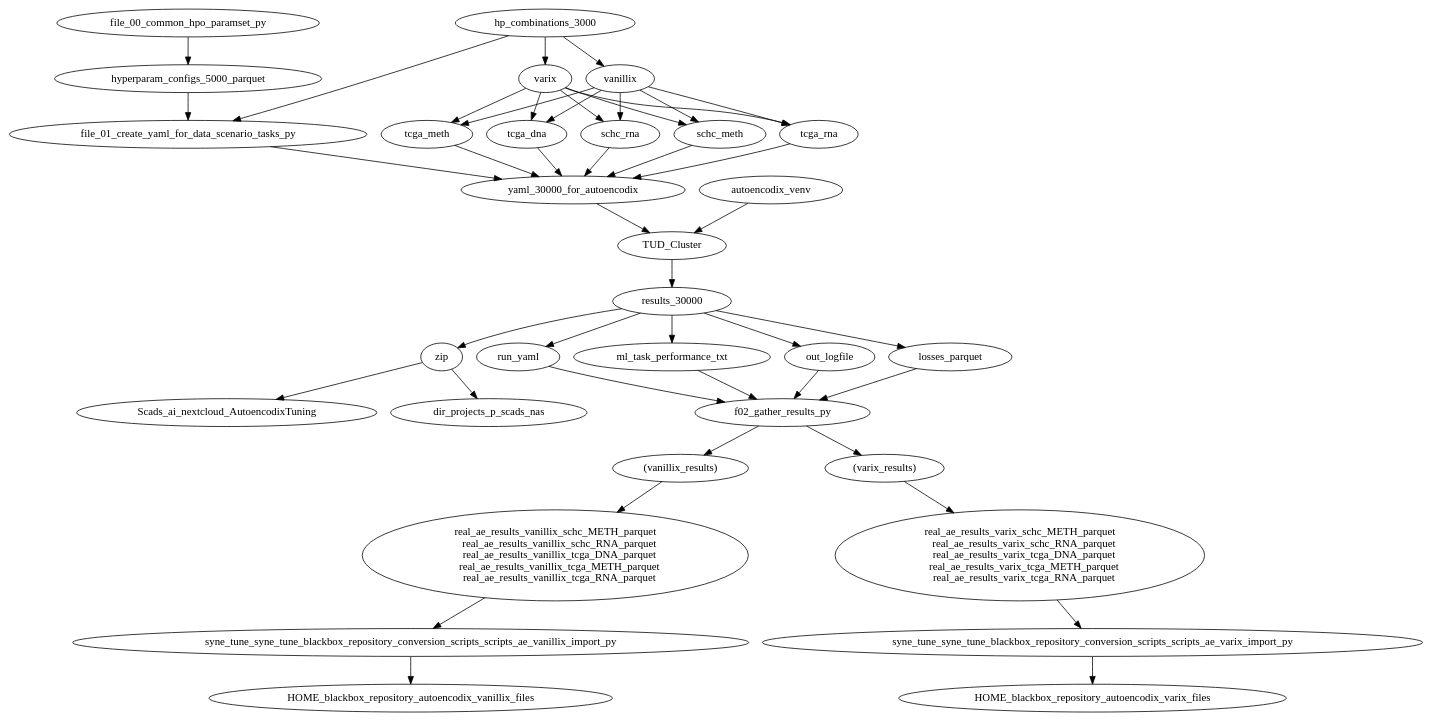
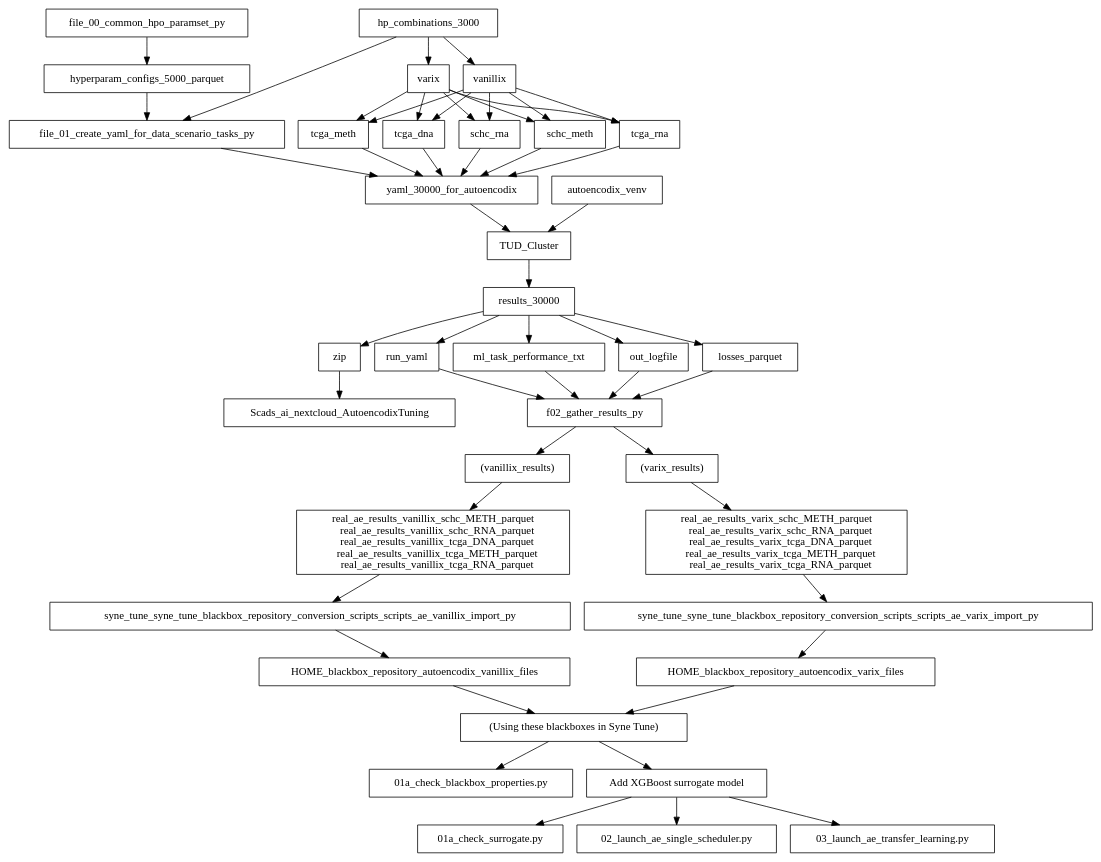
One commit to ralf-koenig/ae-st-hpo changed the diagram in doc/dataflow_files_and_results.dot. Above: the diagram before and after it, drawn with Graphviz. The commit also changed 1 other file, not shown here.

Commit message:
Updated Workflow graphics with Syne Tune part

```diff
--- a/doc/dataflow_files_and_results.dot
+++ b/doc/dataflow_files_and_results.dot
@@ -1,49 +1,59 @@
 # This is s GraphViz fie.
-# Use Graphbiz dotty to convert to a Graph picture.
+# Use Graphviz dotty to convert to a Graph picture.
 # e.g. at https://dreampuf.github.io/GraphvizOnline/
 
 digraph G {
+
+node[shape=rect]
 
 file_00_common_hpo_paramset_py -> hyperparam_configs_5000_parquet;
 
 hp_combinations_3000 -> file_01_create_yaml_for_data_scenario_tasks_py;
 
 file_01_create_yaml_for_data_scenario_tasks_py -> yaml_30000_for_autoencodix;
 
 hyperparam_configs_5000_parquet -> file_01_create_yaml_for_data_scenario_tasks_py;
 
   hp_combinations_3000 -> { varix; vanillix  } -> { tcga_rna; tcga_meth; tcga_dna; schc_rna; schc_meth } -> yaml_30000_for_autoencodix;
-  
+
     autoencodix_venv -> TUD_Cluster;
 
   yaml_30000_for_autoencodix -> TUD_Cluster -> results_30000;
-  
-  results_30000 -> zip -> { dir_projects_p_scads_nas; Scads_ai_nextcloud_AutoencodixTuning }
-  
+
+  results_30000 -> zip -> { Scads_ai_nextcloud_AutoencodixTuning }
+
   results_30000 -> {ml_task_performance_txt; out_logfile; losses_parquet; run_yaml } -> f02_gather_results_py;
-  
+
    f02_gather_results_py -> { "(vanillix_results)"; "(varix_results)" }
-       
+
     "(vanillix_results)" -> {
-       
+
     "real_ae_results_vanillix_schc_METH_parquet
     real_ae_results_vanillix_schc_RNA_parquet
     real_ae_results_vanillix_tcga_DNA_parquet
     real_ae_results_vanillix_tcga_METH_parquet
     real_ae_results_vanillix_tcga_RNA_parquet"
     } -> syne_tune_syne_tune_blackbox_repository_conversion_scripts_scripts_ae_vanillix_import_py
     -> HOME_blackbox_repository_autoencodix_vanillix_files
-    
-    "(varix_results)" -> 
+
+    "(varix_results)" ->
     {
 
     "real_ae_results_varix_schc_METH_parquet
     real_ae_results_varix_schc_RNA_parquet
     real_ae_results_varix_tcga_DNA_parquet
     real_ae_results_varix_tcga_METH_parquet
     real_ae_results_varix_tcga_RNA_parquet"
-       
+
    } -> syne_tune_syne_tune_blackbox_repository_conversion_scripts_scripts_ae_varix_import_py
     -> HOME_blackbox_repository_autoencodix_varix_files
 
+    {HOME_blackbox_repository_autoencodix_vanillix_files;    HOME_blackbox_repository_autoencodix_varix_files}
+    -> {"(Using these blackboxes in Syne Tune)"} ->
+    {"01a_check_blackbox_properties.py"; }
+
+    {"(Using these blackboxes in Syne Tune)"} -> "Add XGBoost surrogate model" ->
+        {"01a_check_surrogate.py";
+        "02_launch_ae_single_scheduler.py"; "03_launch_ae_transfer_learning.py" }
+
 }
```
